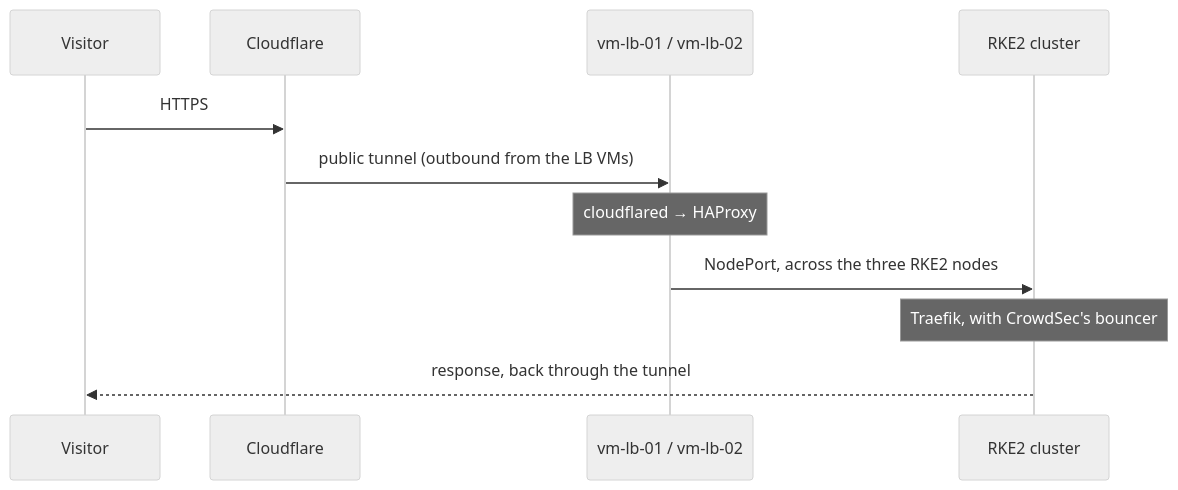
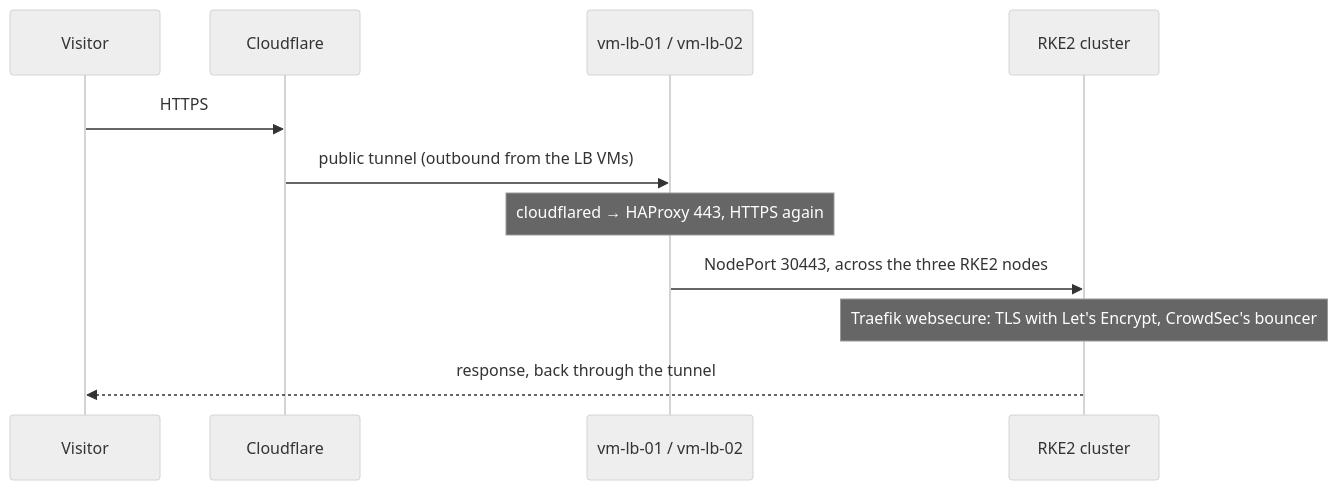
One commit to 0xc0-homelab/infrastructure changed the fourth of 7 diagrams in docs/architecture.md. Above: the diagram before and after it, drawn with Mermaid (neutral theme). The commit also changed other lines of this file and 12 other files, not shown here.

First line of the commit message:
feat: carry tls to traefik and hand the cluster its dns token (#136)

````diff
--- a/docs/architecture.md
+++ b/docs/architecture.md
@@ -153,14 +153,14 @@
 ```mermaid
 sequenceDiagram
   participant U as Visitor
   participant CF as Cloudflare
   participant LB as vm-lb-01 / vm-lb-02
   participant K as RKE2 cluster
 
   U->>CF: HTTPS
   CF->>LB: public tunnel (outbound from the LB VMs)
-  Note over LB: cloudflared → HAProxy
-  LB->>K: NodePort, across the three RKE2 nodes
-  Note over K: Traefik, with CrowdSec's bouncer
+  Note over LB: cloudflared → HAProxy 443, HTTPS again
+  LB->>K: NodePort 30443, across the three RKE2 nodes
+  Note over K: Traefik websecure: TLS with Let's Encrypt, CrowdSec's bouncer
   K-->>U: response, back through the tunnel
 ```
````
